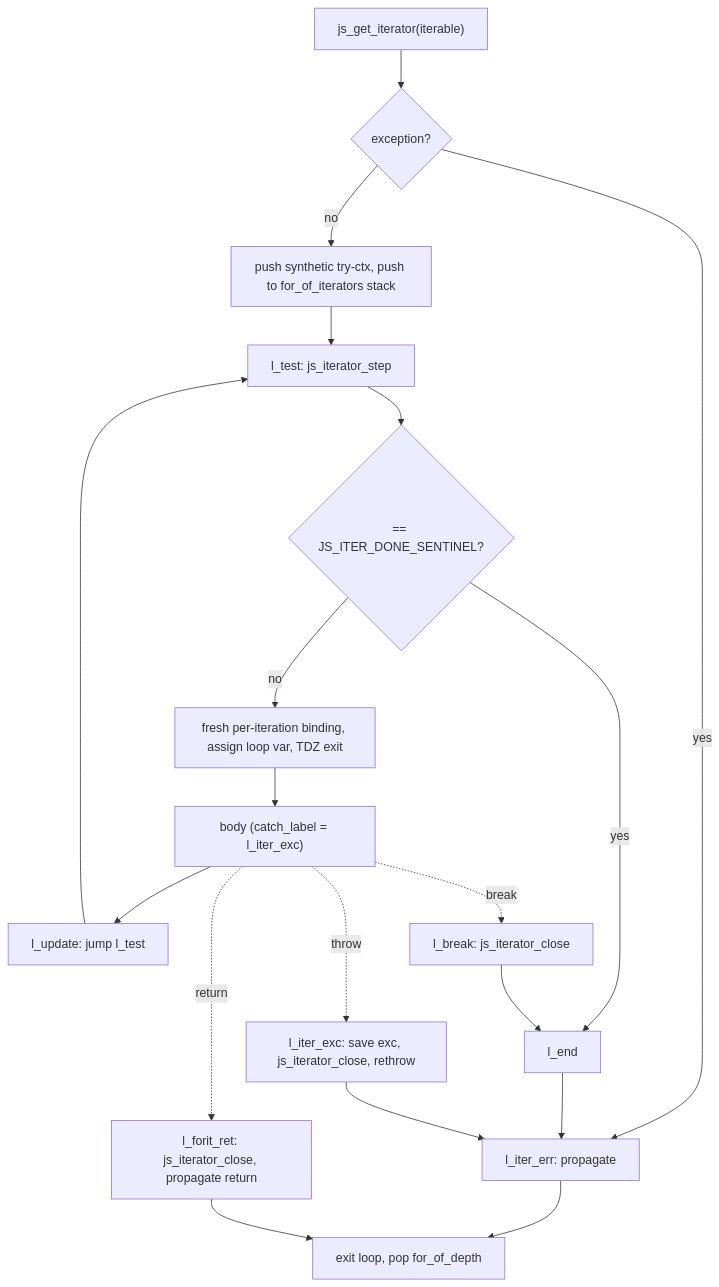
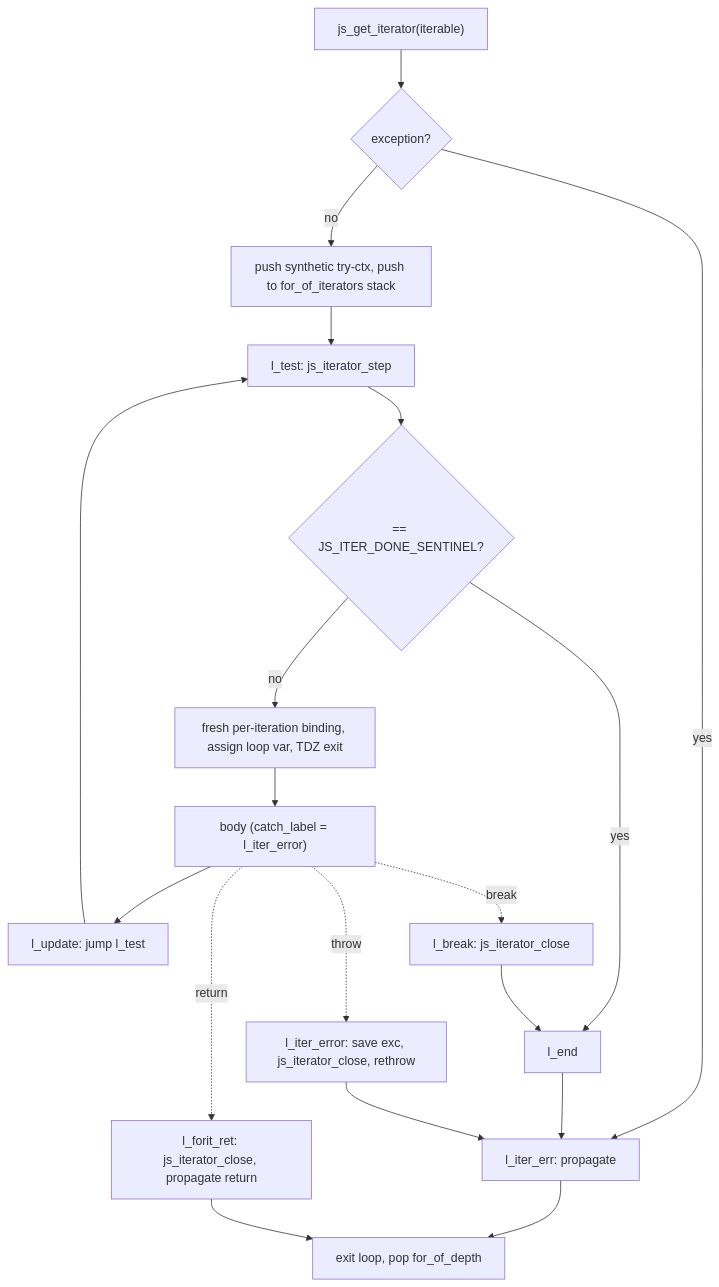
Before and after one commit to henry-luo/lambda: the diagram in doc/dev/js/diagram/d08_for_of.mmd, drawn with Mermaid. The commit also changed 105 other files, not shown here.

```diff
--- a/doc/dev/js/diagram/d08_for_of.mmd
+++ b/doc/dev/js/diagram/d08_for_of.mmd
@@ -1,19 +1,19 @@
 flowchart TD
     A["js_get_iterator(iterable)"] --> B{"exception?"}
     B -->|yes| ERR["l_iter_err: propagate"]
     B -->|no| PUSH["push synthetic try-ctx, push to for_of_iterators stack"]
     PUSH --> TEST["l_test: js_iterator_step"]
     TEST --> DONE{"== JS_ITER_DONE_SENTINEL?"}
     DONE -->|yes| ENDLBL["l_end"]
     DONE -->|no| BIND["fresh per-iteration binding, assign loop var, TDZ exit"]
-    BIND --> BODY["body (catch_label = l_iter_exc)"]
+    BIND --> BODY["body (catch_label = l_iter_error)"]
     BODY --> UPD["l_update: jump l_test"]
     UPD --> TEST
-    BODY -.->|"throw"| EXC["l_iter_exc: save exc, js_iterator_close, rethrow"]
+    BODY -.->|"throw"| EXC["l_iter_error: save exc, js_iterator_close, rethrow"]
     BODY -.->|"break"| BRK["l_break: js_iterator_close"]
     BODY -.->|"return"| RET["l_forit_ret: js_iterator_close, propagate return"]
     BRK --> ENDLBL
     ENDLBL --> ERR
     EXC --> ERR
     ERR --> OUT["exit loop, pop for_of_depth"]
     RET --> OUT
```
